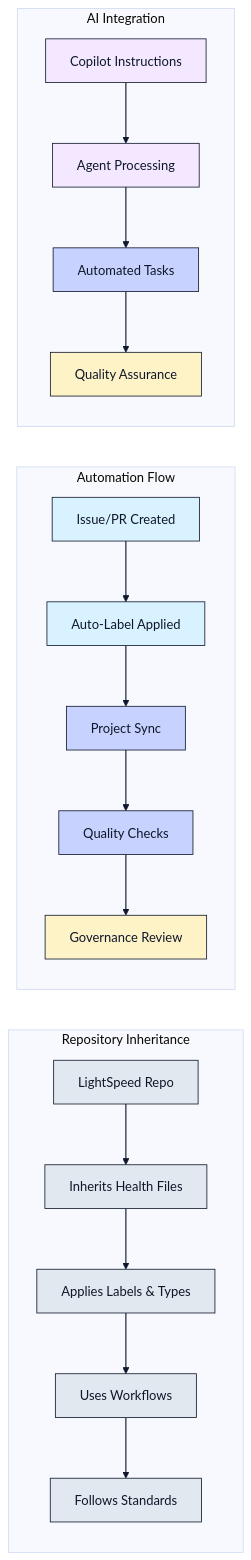
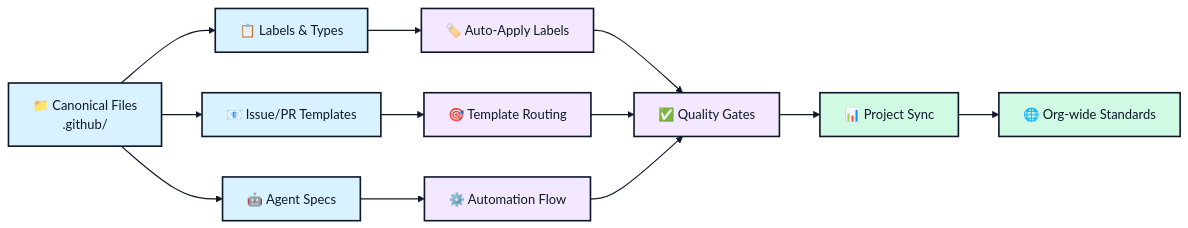
The second of 4 diagrams in README.md (lightspeedwp/.github), drawn with Mermaid (base theme) before and after one commit. The commit also changed other lines of this file, not shown here.

````diff
--- a/README.md
+++ b/README.md
@@ -227,49 +151,35 @@
 ```mermaid
 flowchart LR
-accTitle: "Inheritance and automation flow"
-accDescr {
-  Shows how canonical community health files propagate through automation workflows and AI integration to enforce labels, standards, and governance.
-}
-  subgraph "Repository Inheritance"
-    A[LightSpeed Repo] --> B[Inherits Health Files]
-    B --> C[Applies Labels & Types]
-    C --> D[Uses Workflows]
-    D --> E[Follows Standards]
-  end
+  accTitle: "Repository inheritance and automation flow"
+  accDescr {
+    Shows how canonical files from .github repository propagate through
+    automation workflows to enforce labels, standards, and governance
+    across all LightSpeed organisation repositories.
+  }
 
-  subgraph "Automation Flow"
-    F[Issue/PR Created] --> G[Auto-Label Applied]
-    G --> H[Project Sync]
-    H --> I[Quality Checks]
-    I --> J[Governance Review]
-  end
+  A["📁 Canonical Files<br/>.github/"] --> B["📋 Labels & Types"]
+  B --> C["🏷️ Auto-Apply Labels"]
+  
+  A --> D["📧 Issue/PR Templates"]
+  D --> E["🎯 Template Routing"]
+  
+  A --> F["🤖 Agent Specs"]
+  F --> G["⚙️ Automation Flow"]
+  
+  C --> H["✅ Quality Gates"]
+  E --> H
+  G --> H
+  
+  H --> I["📊 Project Sync"]
+  I --> J["🌐 Org-wide Standards"]
 
-  subgraph "AI Integration"
-    K[Copilot Instructions] --> L[Agent Processing]
-    L --> M[Automated Tasks]
-    M --> N[Quality Assurance]
-  end
+  classDef files fill:#d9f2ff,stroke:#0f172a,color:#0f172a,stroke-width:2px
+  classDef process fill:#f3e8ff,stroke:#0f172a,color:#0f172a,stroke-width:2px
+  classDef outcome fill:#d1fae5,stroke:#0f172a,color:#0f172a,stroke-width:2px
 
-  classDef repo fill:#e2e8f0,stroke:#0f172a,color:#0f172a
-  classDef automation fill:#d9f2ff,stroke:#0f172a,color:#0f172a
-  classDef ai fill:#f3e8ff,stroke:#0f172a,color:#0f172a
-  classDef development fill:#c7d2fe,stroke:#0f172a,color:#0f172a
-  classDef review fill:#fef3c7,stroke:#0f172a,color:#0f172a
-
-  class A repo
-  class B repo
-  class C repo
-  class D repo
-  class E repo
-  class F automation
-  class G automation
-  class H development
-  class I development
-  class J review
-  class K ai
-  class L ai
-  class M development
-  class N review
+  class A,B,D,F files
+  class C,E,G,H process
+  class I,J outcome
 
   linkStyle default stroke:#0f172a,stroke-width:1.4px
 ```
````
